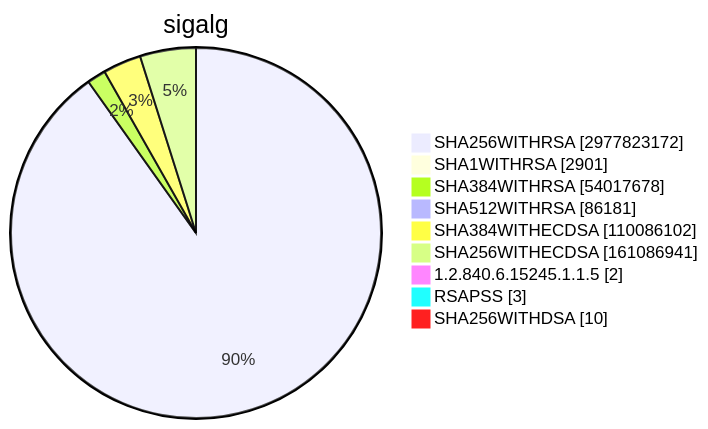
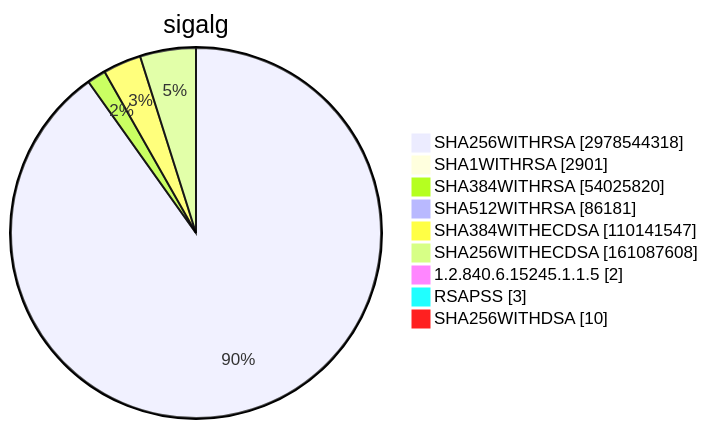
Diagram 15 of 15 in TOTAL/README.md (christiankrug/ctmonitor_visualization), drawn with Mermaid before and after one commit. The commit also changed other lines of this file, not shown here.

````diff
--- a/TOTAL/README.md
+++ b/TOTAL/README.md
@@ -6208,13 +6208,13 @@
 ```mermaid
 pie showData
 title sigalg
-"SHA256WITHRSA" :2977823172
+"SHA256WITHRSA" :2978544318
 "SHA1WITHRSA" :2901
-"SHA384WITHRSA" :54017678
+"SHA384WITHRSA" :54025820
 "SHA512WITHRSA" :86181
-"SHA384WITHECDSA" :110086102
-"SHA256WITHECDSA" :161086941
+"SHA384WITHECDSA" :110141547
+"SHA256WITHECDSA" :161087608
 "1.2.840.6.15245.1.1.5" :2
 "RSAPSS" :3
 "SHA256WITHDSA" :10
 ```
````
